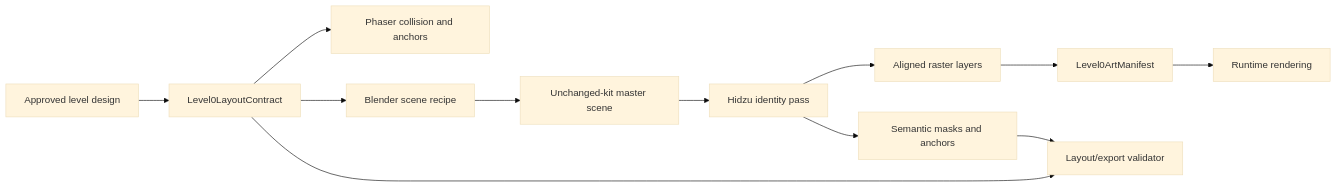
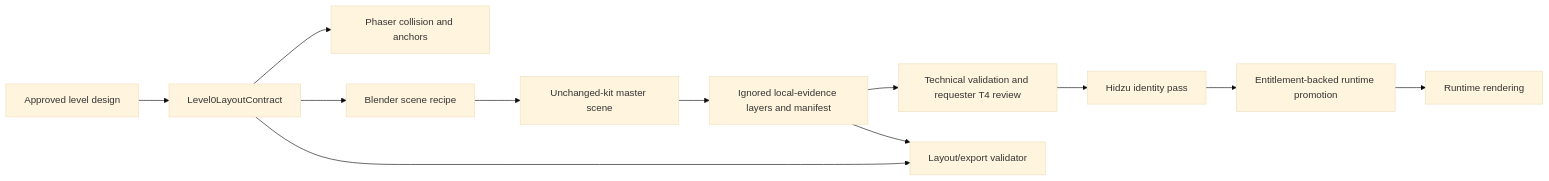
One commit to deus42/the-getaway changed the diagram in memory-bank/04 Engineering/Architecture.md. Above: the diagram before and after it, drawn with Mermaid (base theme). The commit also changed other lines of this file and 15 other files, not shown here.

````diff
--- a/memory-bank/04 Engineering/Architecture.md
+++ b/memory-bank/04 Engineering/Architecture.md
@@ -575,14 +598,14 @@
 ```mermaid
 flowchart LR
   A["Approved level design"] --> B["Level0LayoutContract"]
   B --> C["Phaser collision and anchors"]
   B --> D["Blender scene recipe"]
   D --> E["Unchanged-kit master scene"]
-  E --> F["Hidzu identity pass"]
-  F --> G["Aligned raster layers"]
-  F --> H["Semantic masks and anchors"]
-  G --> I["Level0ArtManifest"]
-  H --> J["Layout/export validator"]
+  E --> F["Ignored local-evidence layers and manifest"]
+  F --> G["Technical validation and requester T4 review"]
+  G --> H["Hidzu identity pass"]
+  H --> I["Entitlement-backed runtime promotion"]
+  F --> J["Layout/export validator"]
   B --> J
   I --> K["Runtime rendering"]
 ```
````
